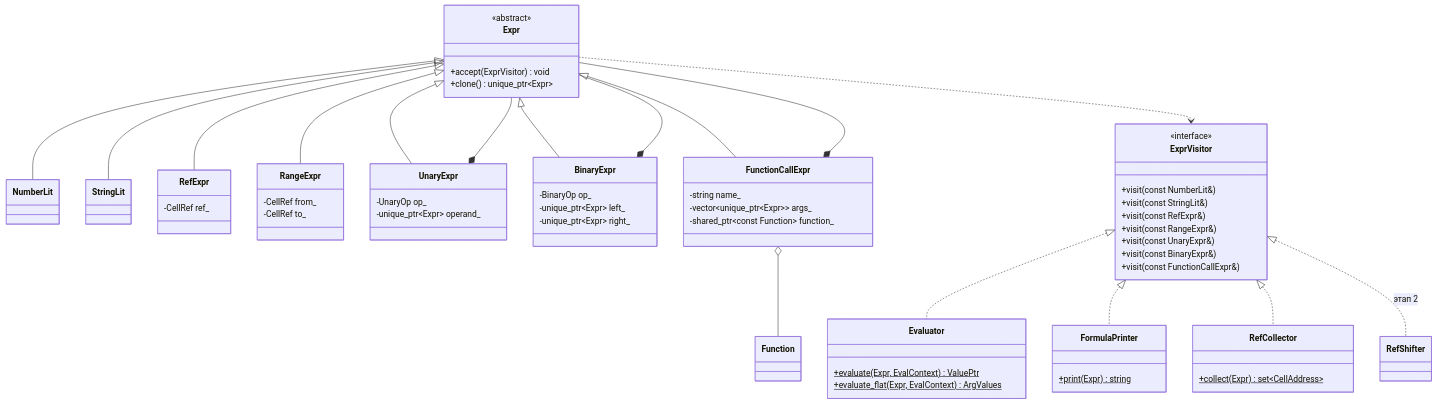
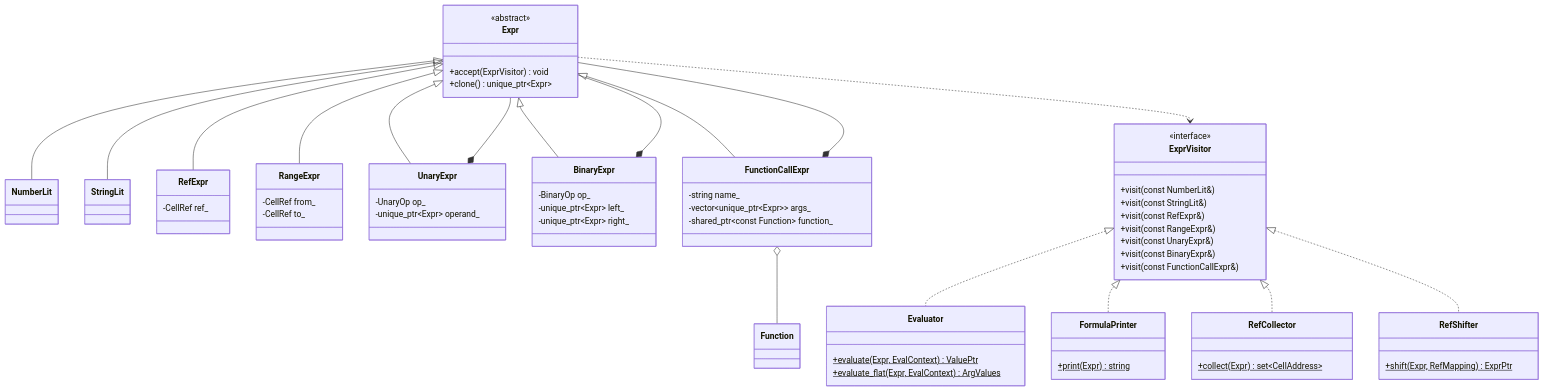
One commit to mtvxlqq/spreadsheet_software_nsu changed the second of 6 diagrams in DESIGN.md. Above: the diagram before and after it, drawn with Mermaid. The commit also changed other lines of this file and 15 other files, not shown here.

````diff
--- a/DESIGN.md
+++ b/DESIGN.md
@@ -94,69 +94,71 @@
 ```mermaid
 classDiagram
     class Expr {
         <<abstract>>
         +accept(ExprVisitor) void
         +clone() unique_ptr~Expr~
     }
     class NumberLit
     class StringLit
     class RefExpr {
         -CellRef ref_
     }
     class RangeExpr {
         -CellRef from_
         -CellRef to_
     }
     class UnaryExpr {
         -UnaryOp op_
         -unique_ptr~Expr~ operand_
     }
     class BinaryExpr {
         -BinaryOp op_
         -unique_ptr~Expr~ left_
         -unique_ptr~Expr~ right_
     }
     class FunctionCallExpr {
         -string name_
         -vector~unique_ptr~Expr~~ args_
         -shared_ptr~const Function~ function_
     }
     Expr <|-- NumberLit
     Expr <|-- StringLit
     Expr <|-- RefExpr
     Expr <|-- RangeExpr
     Expr <|-- UnaryExpr
     Expr <|-- BinaryExpr
     Expr <|-- FunctionCallExpr
     UnaryExpr *-- Expr
     BinaryExpr *-- Expr
     FunctionCallExpr *-- Expr
     FunctionCallExpr o-- Function
 
     class ExprVisitor {
         <<interface>>
         +visit(const NumberLit&)
         +visit(const StringLit&)
         +visit(const RefExpr&)
         +visit(const RangeExpr&)
         +visit(const UnaryExpr&)
         +visit(const BinaryExpr&)
         +visit(const FunctionCallExpr&)
     }
     class Evaluator {
         +evaluate(Expr, EvalContext) ValuePtr$
         +evaluate_flat(Expr, EvalContext) ArgValues$
     }
     class FormulaPrinter {
         +print(Expr) string$
     }
     class RefCollector {
         +collect(Expr) set~CellAddress~$
     }
-    class RefShifter
+    class RefShifter {
+        +shift(Expr, RefMapping) ExprPtr$
+    }
     ExprVisitor <|.. Evaluator
     ExprVisitor <|.. FormulaPrinter
     ExprVisitor <|.. RefCollector
-    ExprVisitor <|.. RefShifter : этап 2
+    ExprVisitor <|.. RefShifter
     Expr ..> ExprVisitor
 ```
````
